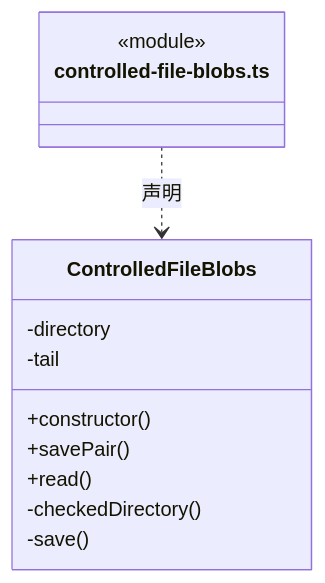
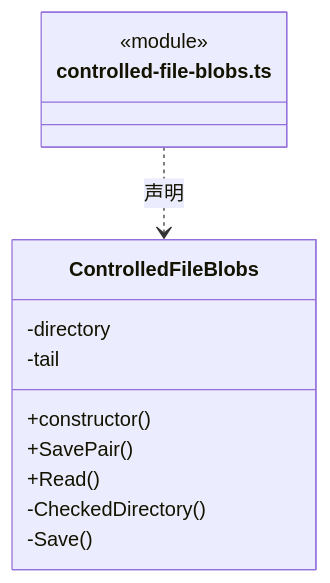
The fourth of 14 diagrams in src/logic/file-operations/platform/files/ARCHITECTURE.md (nan023062/cbim), drawn with Mermaid before and after one commit. The commit also changed other lines of this file and 1035 other files, not shown here.

````diff
--- a/src/logic/file-operations/platform/files/ARCHITECTURE.md
+++ b/src/logic/file-operations/platform/files/ARCHITECTURE.md
@@ -89,16 +89,16 @@
 ```mermaid
 classDiagram
 class N_src_logic_file_operations_platform_files_controlled_file_blobs_ts["controlled-file-blobs.ts"] {
   <<module>>
 }
 class N_src_logic_file_operations_platform_files_controlled_file_blobs_ts_ControlledFileBlobs["ControlledFileBlobs"] {
   +constructor()
-  +savePair()
-  +read()
+  +SavePair()
+  +Read()
   -directory
   -tail
-  -checkedDirectory()
-  -save()
+  -CheckedDirectory()
+  -Save()
 }
 N_src_logic_file_operations_platform_files_controlled_file_blobs_ts ..> N_src_logic_file_operations_platform_files_controlled_file_blobs_ts_ControlledFileBlobs : 声明
 ```
````
